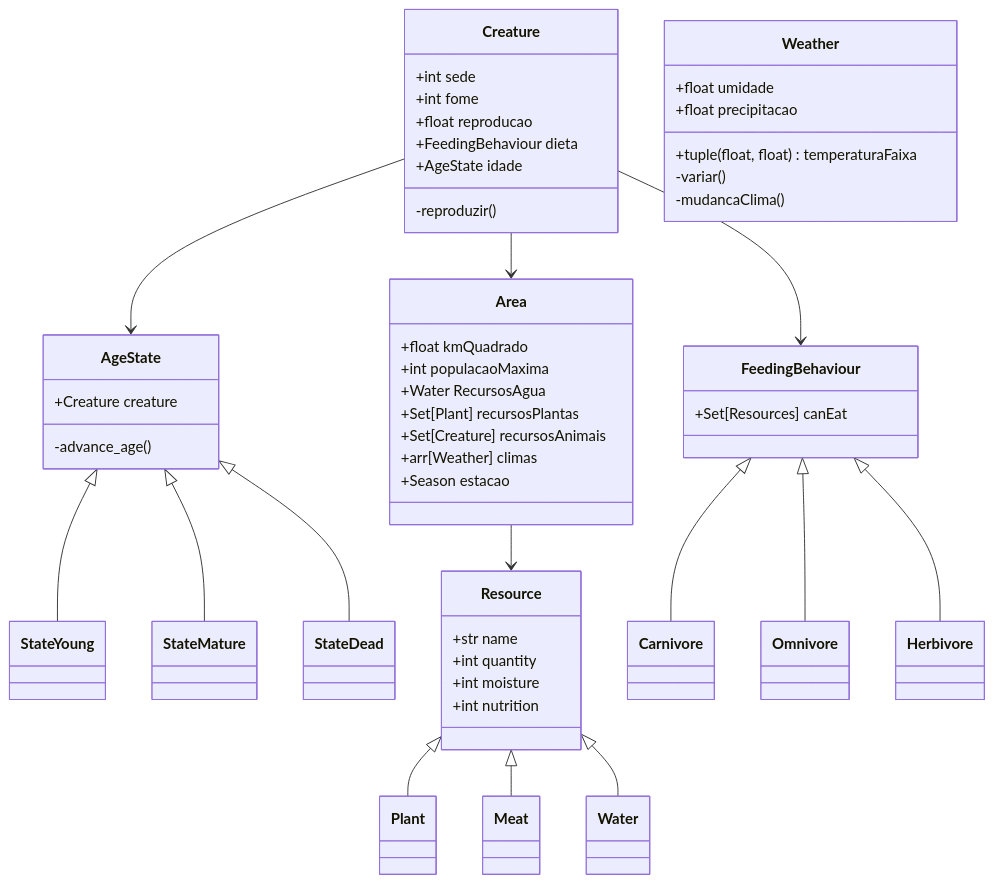
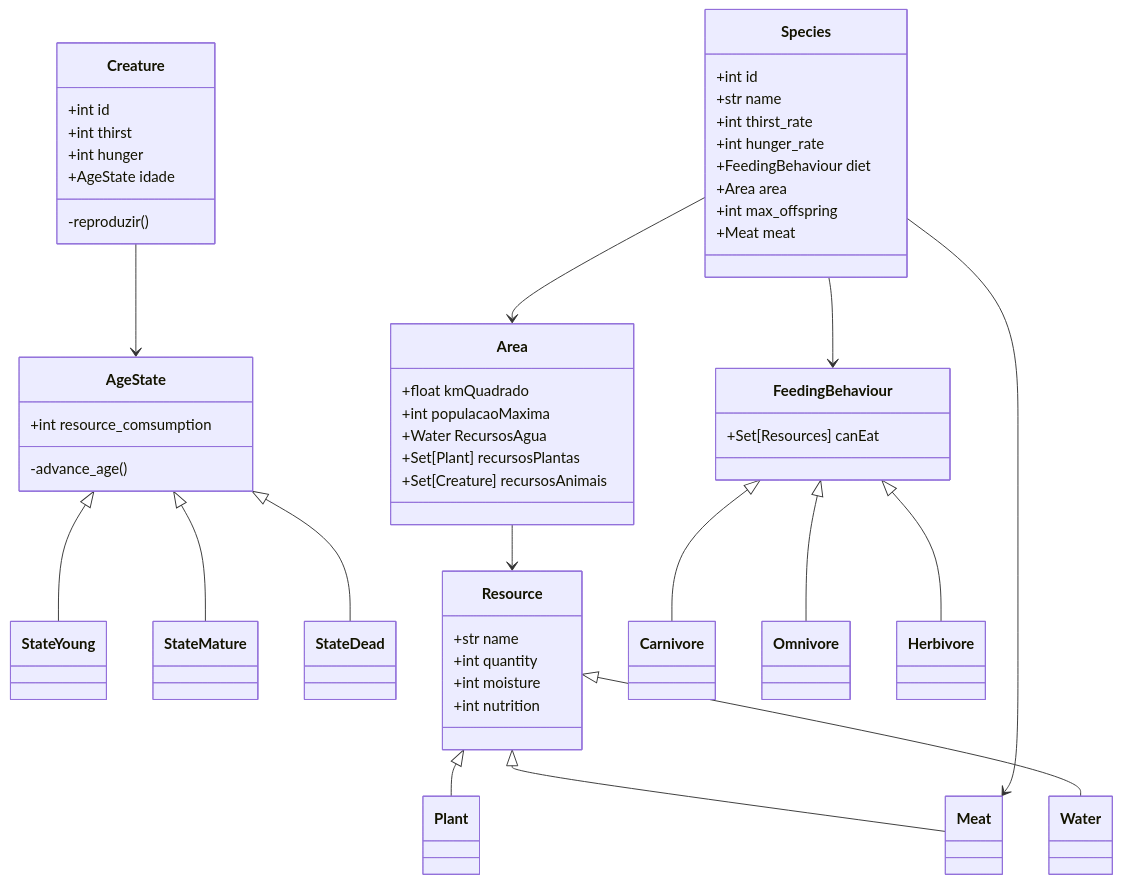
One commit to alessa-lara/wild-ones changed the diagram in README.md. Above: the diagram before and after it, drawn with Mermaid. The commit also changed other lines of this file, not shown here.

Commit message:
[chore] readme class diagram

````diff
--- a/README.md
+++ b/README.md
@@ -9,68 +9,69 @@
 ```mermaid
 classDiagram
+    class Species {
+        +int id
+        +str name
+        +int thirst_rate
+        +int hunger_rate
+        +FeedingBehaviour diet
+        +Area area
+        +int max_offspring
+        +Meat meat
+    }
+
     class Creature {
-	+int sede
-	+int fome
-        +float reproducao
-        +FeedingBehaviour dieta
+        +int id
+	+int thirst
+	+int hunger
 	+AgeState idade
 
         -reproduzir()
     }
 
     class AgeState {
-	+Creature creature
+        +int resource_comsumption
 
 	-advance_age()
     }
 
     AgeState <|-- StateYoung
     AgeState <|-- StateMature
     AgeState <|-- StateDead
 
     class Area {
         +float kmQuadrado
         +int populacaoMaxima
 
         +Water RecursosAgua
         +Set[Plant] recursosPlantas
         +Set[Creature] recursosAnimais
 
-        +arr[Weather] climas
-	+Season estacao
-    }
-
-    class Weather {
-        +tuple(float, float) temperaturaFaixa
-        +float umidade
-        +float precipitacao
-
-        -variar()
-        -mudancaClima()
     }
 
     class FeedingBehaviour {
         +Set[Resources] canEat
     }
 
     class Resource {
 	+str name
 	+int quantity
 	+int moisture
 	+int nutrition
     }
 
     FeedingBehaviour <|-- Carnivore
     FeedingBehaviour <|-- Omnivore
     FeedingBehaviour <|-- Herbivore
 
     Resource <|-- Plant
     Resource <|-- Meat
     Resource <|-- Water
 
-    Creature --> FeedingBehaviour
+    Species --> Area
+    Species --> FeedingBehaviour
+    Species --> Meat
+
     Creature --> AgeState
-    Creature --> Area
 
     Area --> Resource
 ```
````
